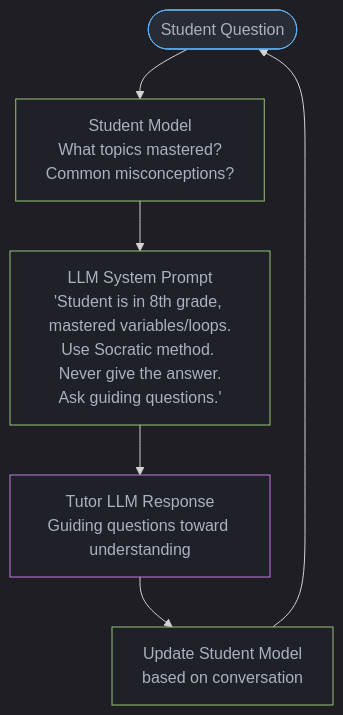
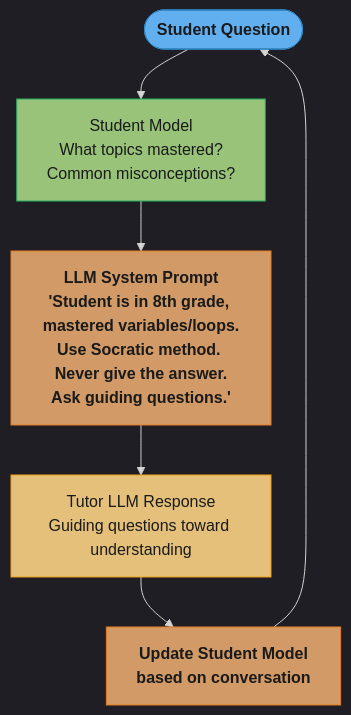
One commit to rppol/system-design changed the third of 4 diagrams in src/main/java/com/rutik/systemdesign/llm/ai_applications/README.md. Above: the diagram before and after it, drawn with Mermaid. The commit also changed other lines of this file and 88 other files, not shown here.

````diff
--- a/src/main/java/com/rutik/systemdesign/llm/ai_applications/README.md
+++ b/src/main/java/com/rutik/systemdesign/llm/ai_applications/README.md
@@ -345,18 +352,22 @@
 ```mermaid
 %%{init: {'flowchart': {'curve': 'basis'}, 'theme': 'dark'}}%%
 flowchart TD
+    classDef io      fill:#61afef,stroke:#2e86c1,color:#1a1a1a,font-weight:bold
+    classDef frozen  fill:#c678dd,stroke:#9b59b6,color:#fff
+    classDef train   fill:#98c379,stroke:#27ae60,color:#1a1a1a
+    classDef mathOp  fill:#d19a66,stroke:#e67e22,color:#1a1a1a,font-weight:bold
+    classDef lossN   fill:#e06c75,stroke:#c0392b,color:#fff,font-weight:bold
+    classDef req     fill:#56b6c2,stroke:#0097a7,color:#1a1a1a
+    classDef base    fill:#e5c07b,stroke:#f39c12,color:#1a1a1a
+
     Student([Student Question]) --> StudentModel
     StudentModel["Student Model\nWhat topics mastered?\nCommon misconceptions?"] --> Prompt
     Prompt["LLM System Prompt\n'Student is in 8th grade, mastered variables/loops.\nUse Socratic method. Never give the answer.\nAsk guiding questions.'"] --> TutorLLM
     TutorLLM["Tutor LLM Response\nGuiding questions toward understanding"] --> Update
     Update["Update Student Model\nbased on conversation"] --> Student
 
-    classDef io     fill:#282c34,stroke:#61afef,color:#abb2bf
-    classDef proc   fill:#1e2127,stroke:#98c379,color:#abb2bf
-    classDef llm    fill:#1e2127,stroke:#c678dd,color:#abb2bf
-    classDef store  fill:#1e2127,stroke:#56b6c2,color:#abb2bf
-
     class Student io
-    class StudentModel,Prompt,Update proc
-    class TutorLLM llm
+    class StudentModel train
+    class Prompt,Update mathOp
+    class TutorLLM base
 ```
````
